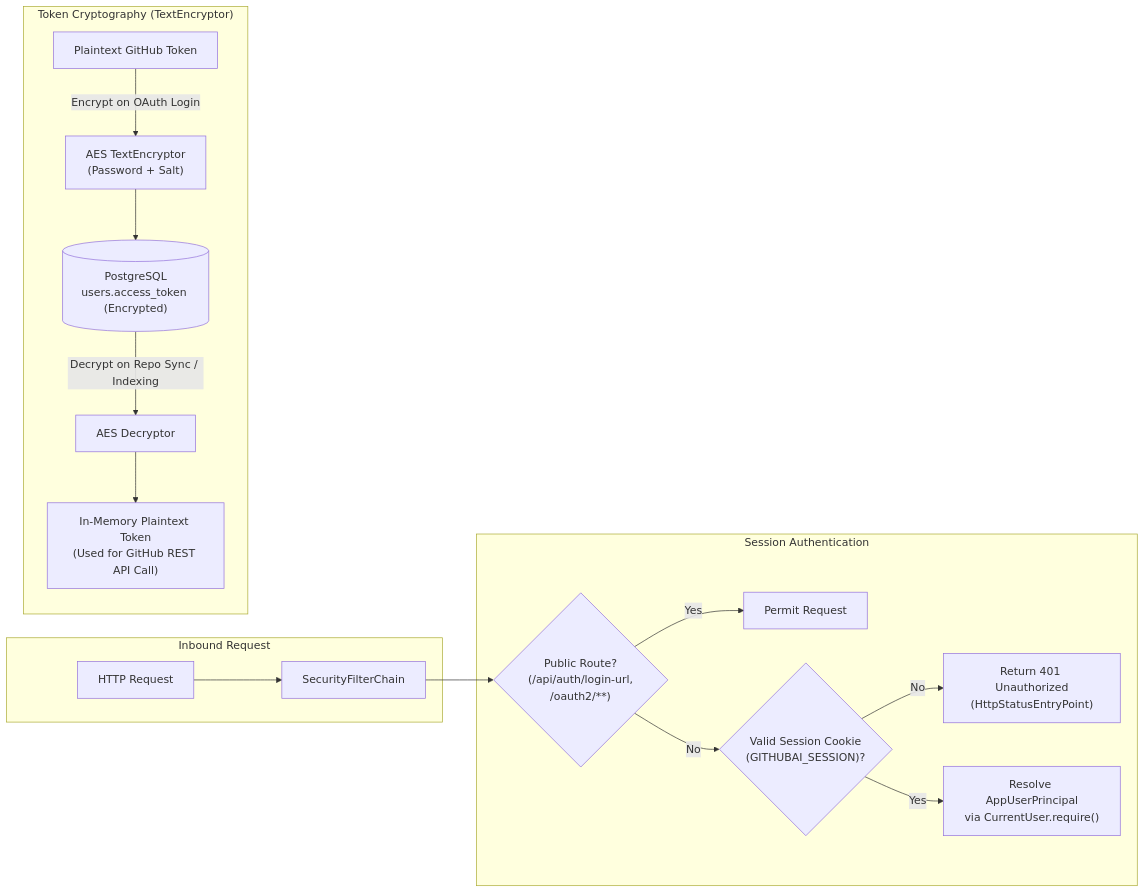
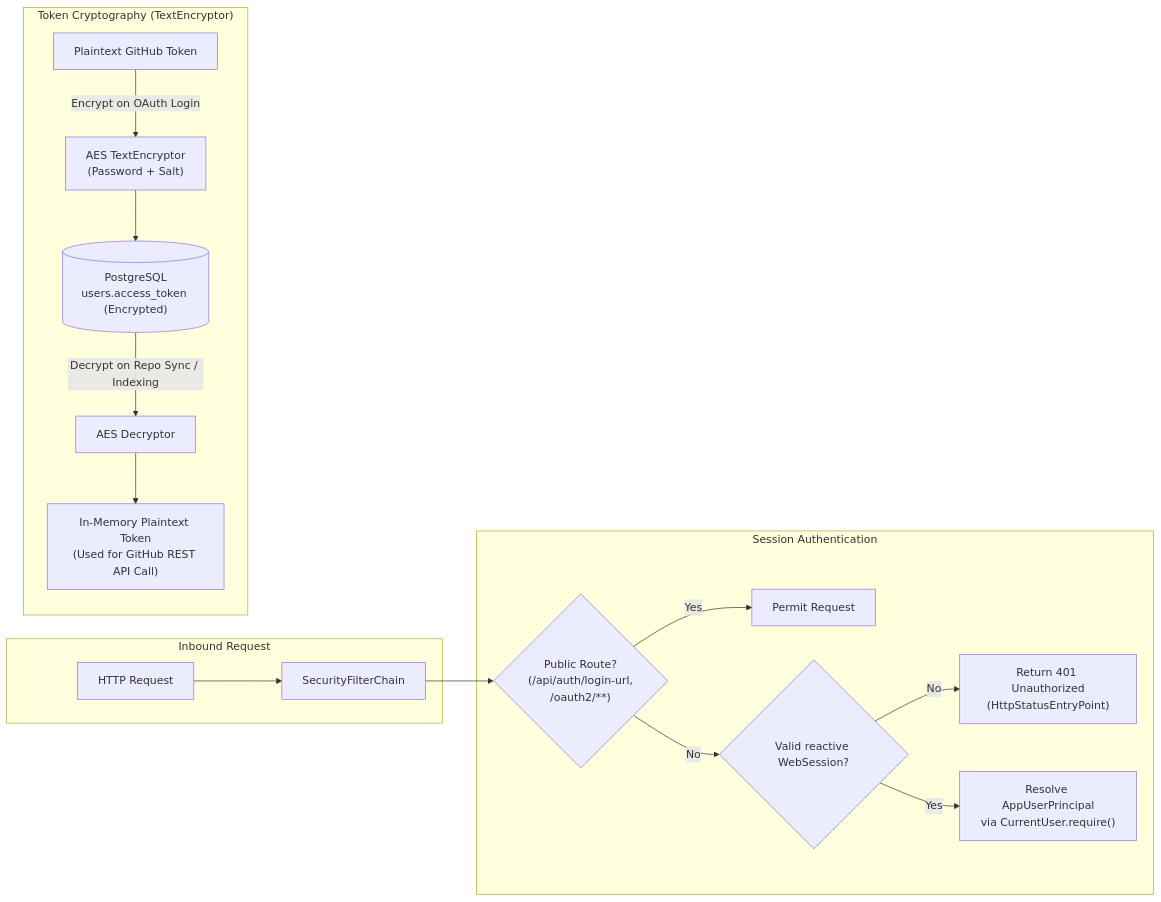
The eighth of 9 diagrams in README.md (BhautikVaghani30/RAG-Application-Using-Spring-AI), drawn with Mermaid before and after one commit. The commit also changed other lines of this file and 50 other files, not shown here.

````diff
--- a/README.md
+++ b/README.md
@@ -485,21 +485,21 @@
 ```mermaid
 flowchart LR
     subgraph Inbound["Inbound Request"]
         Req["HTTP Request"] --> Filter["SecurityFilterChain"]
     end
 
     subgraph Authentication["Session Authentication"]
         Filter --> CheckPermit{"Public Route?\n(/api/auth/login-url,\n/oauth2/**)"}
         CheckPermit -- Yes --> Allow["Permit Request"]
-        CheckPermit -- No --> CheckSession{"Valid Session Cookie\n(GITHUBAI_SESSION)?"}
+        CheckPermit -- No --> CheckSession{"Valid reactive WebSession?"}
         CheckSession -- No --> Err401["Return 401 Unauthorized\n(HttpStatusEntryPoint)"]
         CheckSession -- Yes --> ResolvePrincipal["Resolve AppUserPrincipal\nvia CurrentUser.require()"]
     end
 
     subgraph Encryption["Token Cryptography (TextEncryptor)"]
         RawToken["Plaintext GitHub Token"] -->|Encrypt on OAuth Login| Encryptor["AES TextEncryptor\n(Password + Salt)"]
         Encryptor --> StoreDB[("PostgreSQL\nusers.access_token (Encrypted)")]
         StoreDB -->|Decrypt on Repo Sync / Indexing| Decryptor["AES Decryptor"]
         Decryptor --> MemToken["In-Memory Plaintext Token\n(Used for GitHub REST API Call)"]
     end
 ```
````
